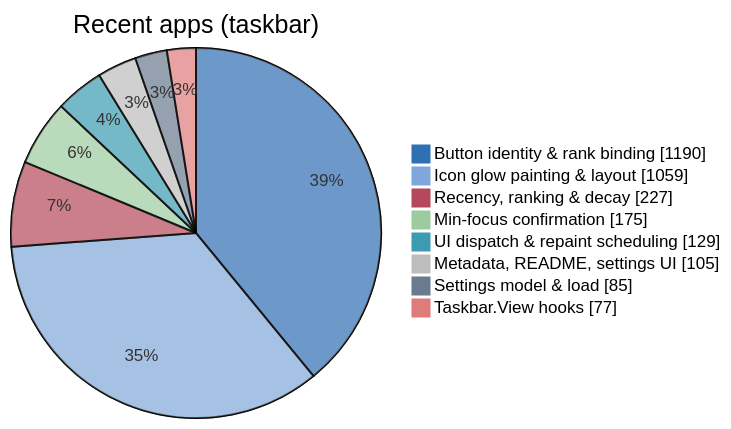
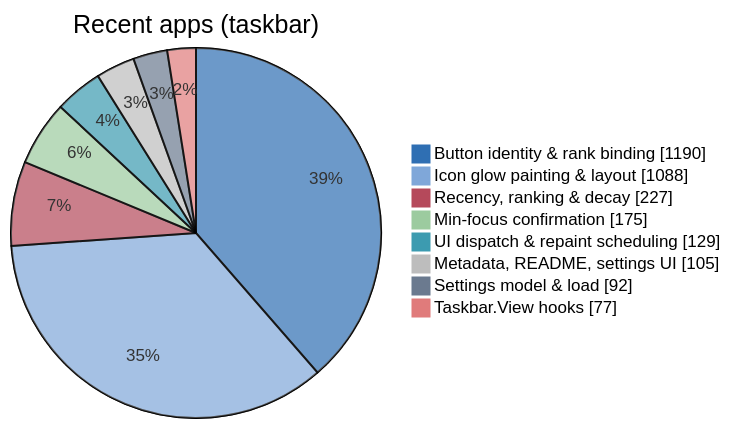
Before and after one commit to jvlasek/taskbar-recent-focus-highlight: the third of 5 diagrams in doc/code/code-breakdown.md, drawn with Mermaid. The commit also changed other lines of this file and 9 other files, not shown here.

````diff
--- a/doc/code/code-breakdown.md
+++ b/doc/code/code-breakdown.md
@@ -119,12 +119,12 @@
 ```mermaid
 %%{init: {"themeVariables": {"pie1": "#2F6FB3", "pie2": "#7FA7D9", "pie3": "#B5495B", "pie4": "#9CCB9F", "pie5": "#3C9BB0", "pie6": "#BDBDBD", "pie7": "#6B7A8F", "pie8": "#E07B7B", "pieOuterStrokeWidth": "1px"}}}%%
 pie showData title Recent apps (taskbar)
     "Button identity & rank binding" : 1190
-    "Icon glow painting & layout" : 1059
+    "Icon glow painting & layout" : 1088
     "Recency, ranking & decay" : 227
     "Min-focus confirmation" : 175
     "UI dispatch & repaint scheduling" : 129
     "Metadata, README, settings UI" : 105
-    "Settings model & load" : 85
+    "Settings model & load" : 92
     "Taskbar.View hooks" : 77
 ```
````
